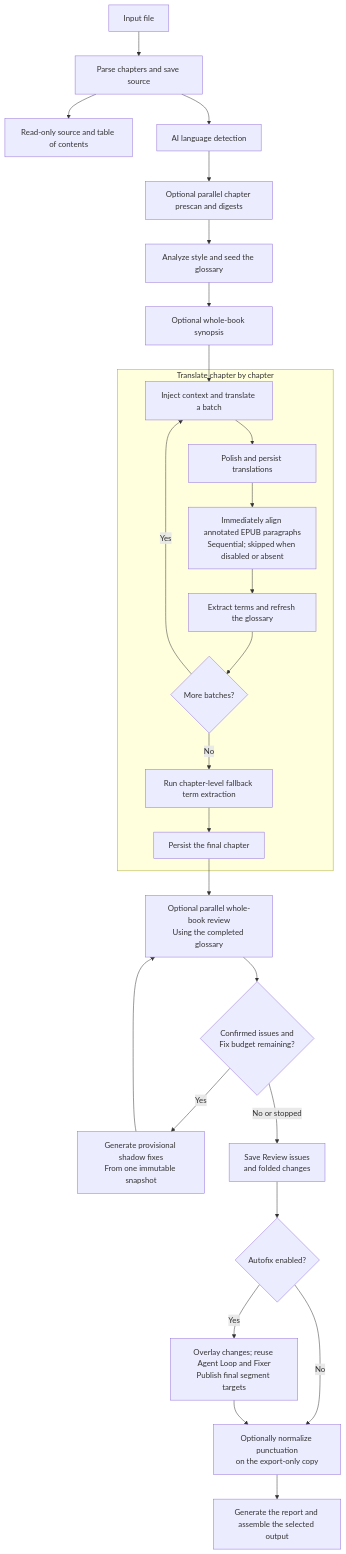
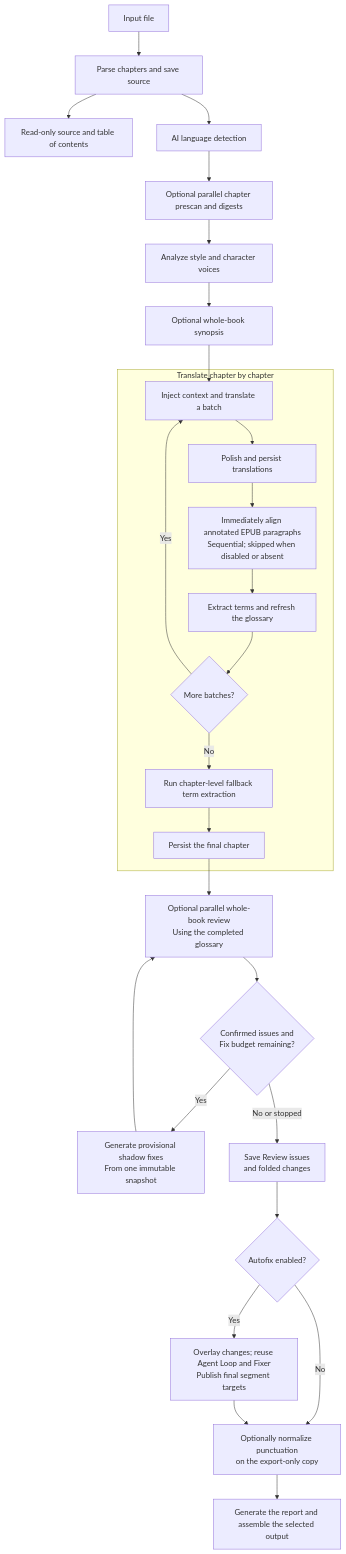
One commit to BigDawnGhost/wenyi changed the first of 2 diagrams in docs/pipeline.md. Above: the diagram before and after it, drawn with Mermaid. The commit also changed other lines of this file and 25 other files, not shown here.

````diff
--- a/docs/pipeline.md
+++ b/docs/pipeline.md
@@ -9,32 +9,32 @@
 ```mermaid
 flowchart TD
     A[Input file] --> B["Parse chapters and save source"]
     B --> BV["Read-only source and table of contents"]
     B --> BL["AI language detection"]
     BL --> C["Optional parallel chapter prescan and digests"]
-    C --> D[Analyze style and seed the glossary]
+    C --> D["Analyze style and character voices"]
     D --> DS[Optional whole-book synopsis]
     DS --> E
 
     subgraph T[Translate chapter by chapter]
         E[Inject context and translate a batch]
         E --> F[Polish and persist translations]
         F --> FA[Immediately align annotated EPUB paragraphs<br/>Sequential; skipped when disabled or absent]
         FA --> G[Extract terms and refresh the glossary]
         G --> H{More batches?}
         H -- Yes --> E
         H -- No --> IB[Run chapter-level fallback term extraction]
         IB --> J[Persist the final chapter]
     end
 
     J --> K[Optional parallel whole-book review<br/>Using the completed glossary]
     K --> N{Confirmed issues and<br/>Fix budget remaining?}
     N -- Yes --> O[Generate provisional shadow fixes<br/>From one immutable snapshot]
     O --> K
     N -- No or stopped --> P[Save Review issues<br/>and folded changes]
     P --> Q{Autofix enabled?}
     Q -- Yes --> R[Overlay changes; reuse Agent Loop and Fixer<br/>Publish final segment targets]
     Q -- No --> X[Optionally normalize punctuation<br/>on the export-only copy]
     R --> X
     X --> M[Generate the report and assemble the selected output]
 ```
````
